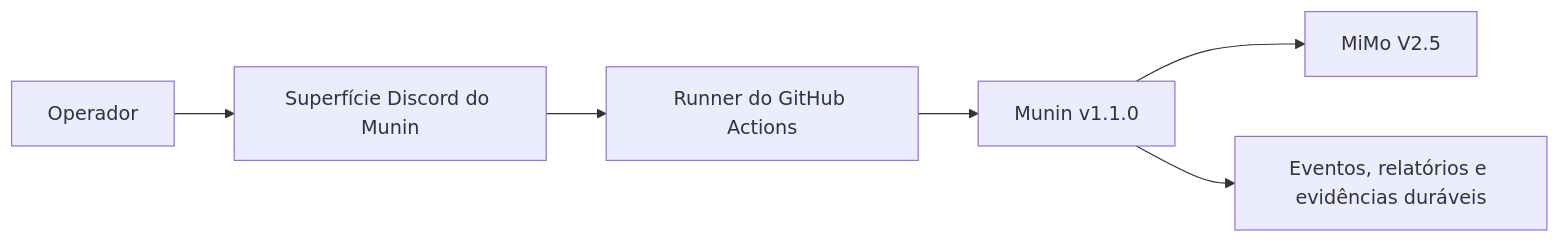
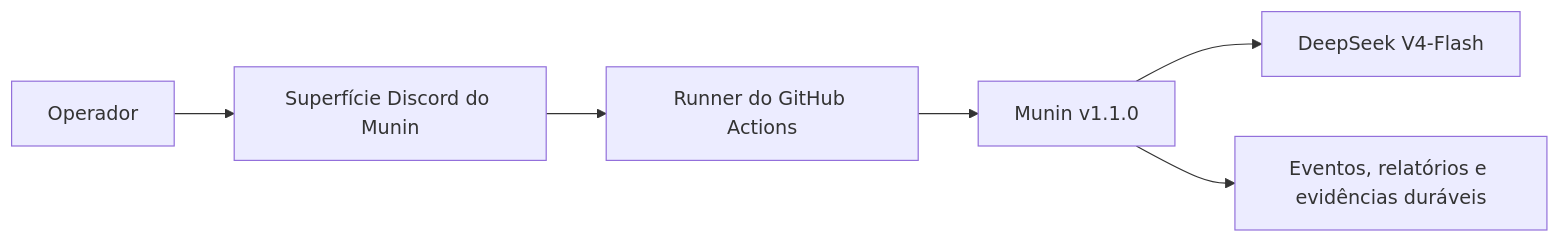
One commit to PrinceOfPwn/Munin changed the first of 5 diagrams in README.pt-BR.md. Above: the diagram before and after it, drawn with Mermaid. The commit also changed other lines of this file and 15 other files, not shown here.

First line of the commit message:
feat(model): switch default runtime model to DeepSeek V4-Flash Free (deepseek-v4-flash-free via OpenCode Zen)

````diff
--- a/README.pt-BR.md
+++ b/README.pt-BR.md
@@ -51,8 +51,8 @@
 ```mermaid
 flowchart LR
     Operador --> Discord[Superfície Discord do Munin]
     Discord --> Actions[Runner do GitHub Actions]
     Actions --> Runtime[Munin v1.1.0]
-    Runtime --> Modelo[MiMo V2.5]
+    Runtime --> Modelo[DeepSeek V4-Flash]
     Runtime --> Evidencia[Eventos, relatórios e evidências duráveis]
 ```
````
